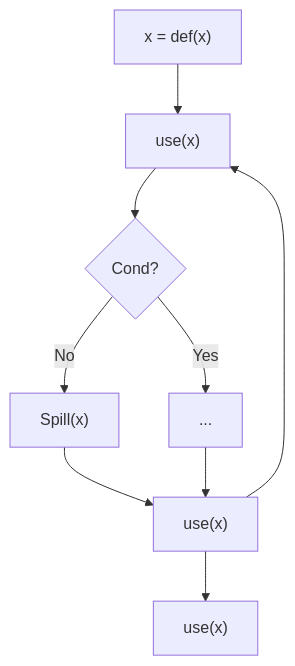
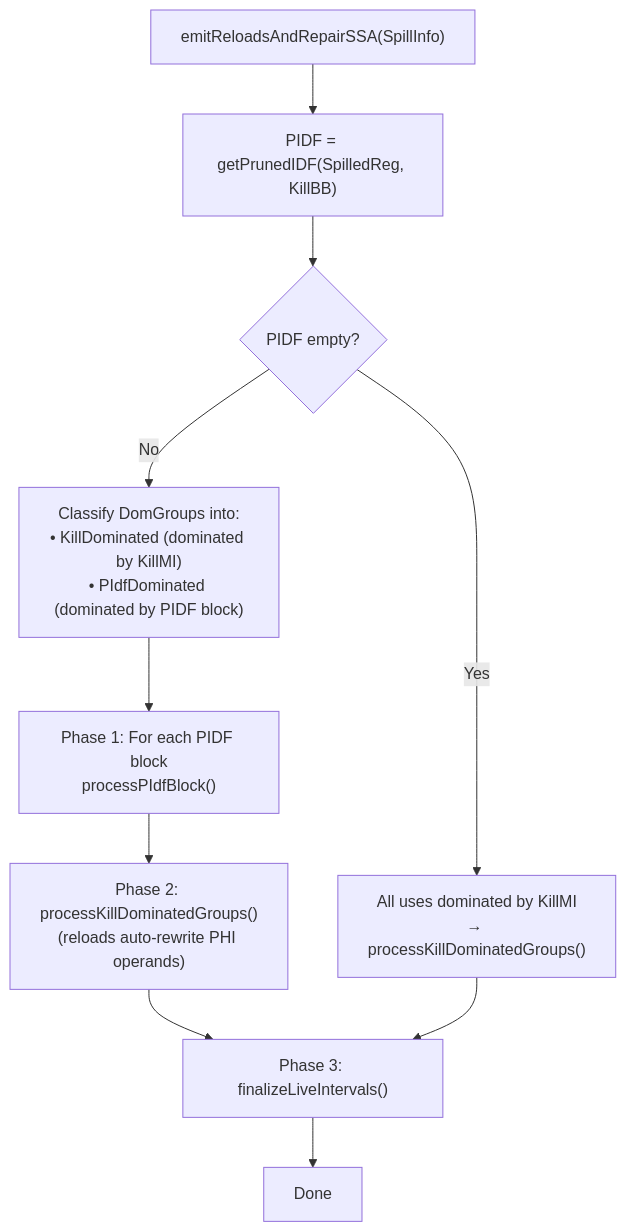
One commit to alex-t/ssa-spiller-docs changed the sixth of 15 diagrams in SSA_Spiller/04-Design/SSA_SPILLER_DESIGN.md. Above: the diagram before and after it, drawn with Mermaid. The commit also changed other lines of this file, not shown here.

Commit message:
Publish docs (auto) - 2026-01-30 19:15:54

````diff
--- a/SSA_Spiller/04-Design/SSA_SPILLER_DESIGN.md
+++ b/SSA_Spiller/04-Design/SSA_SPILLER_DESIGN.md
@@ -202,10 +306,12 @@
 ```mermaid
 flowchart TD
-  A["x = def(x)"] --> B["use(x)"] --> C{"Cond?"}
-  C -->|Yes| D["..."]
-  C -->|No| E["Spill(x)"]
-  E --> F["use(x)"]
-  D --> F
-  F --> G["use(x)"]
-  F --> B
+  start["emitReloadsAndRepairSSA(SpillInfo)"] --> getPIDF["PIDF = getPrunedIDF(SpilledReg, KillBB)"]
+  getPIDF --> empty{"PIDF empty?"}
+  empty -->|Yes| allDom["All uses dominated by KillMI<br/>→ processKillDominatedGroups()"]
+  empty -->|No| classify["Classify DomGroups into:<br/>• KillDominated (dominated by KillMI)<br/>• PIdfDominated (dominated by PIDF block)"]
+  classify --> phase1["Phase 1: For each PIDF block<br/>processPIdfBlock()"]
+  phase1 --> phase2["Phase 2: processKillDominatedGroups()<br/>(reloads auto-rewrite PHI operands)"]
+  phase2 --> phase3["Phase 3: finalizeLiveIntervals()"]
+  allDom --> phase3
+  phase3 --> done["Done"]
 ```
````
